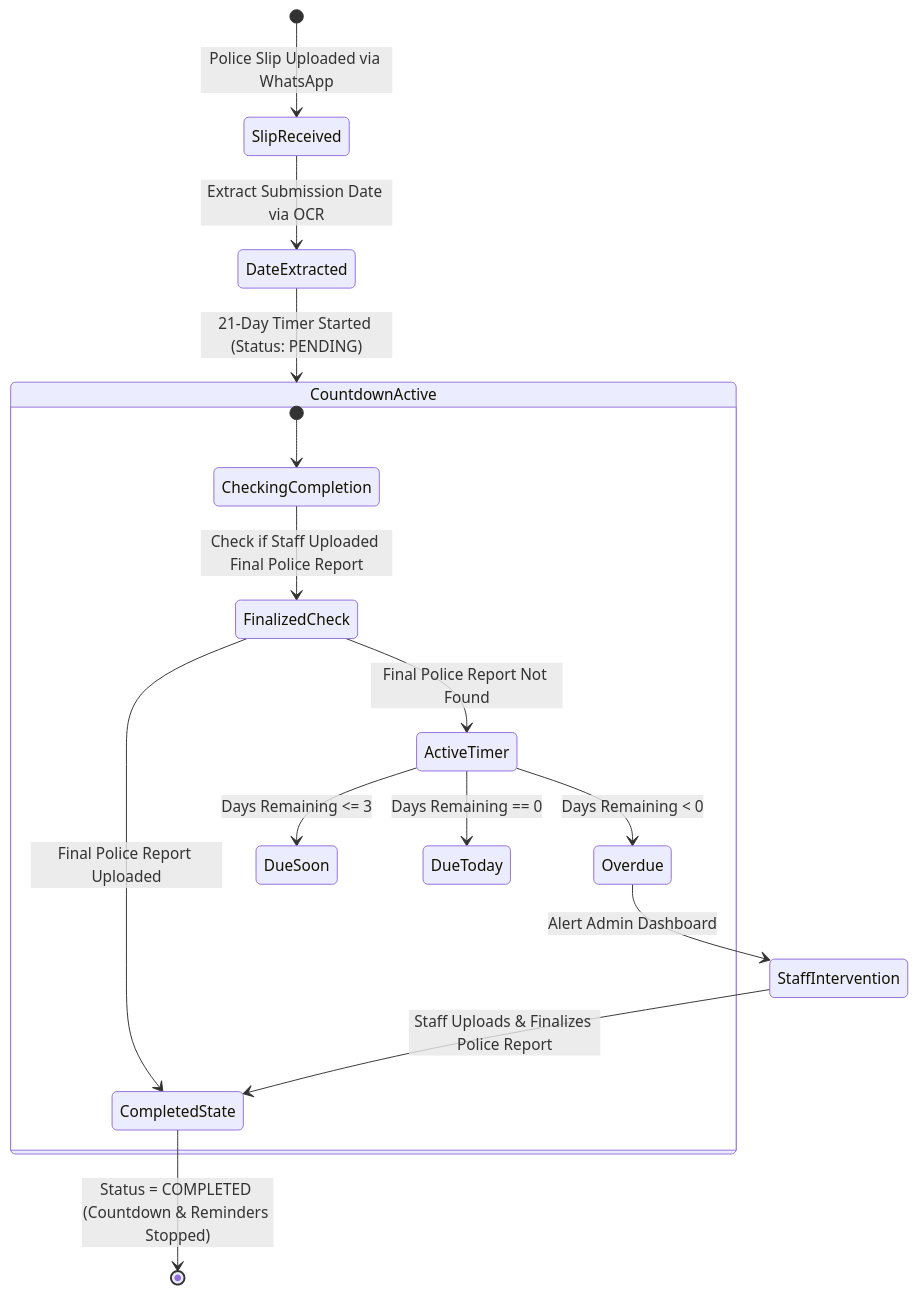
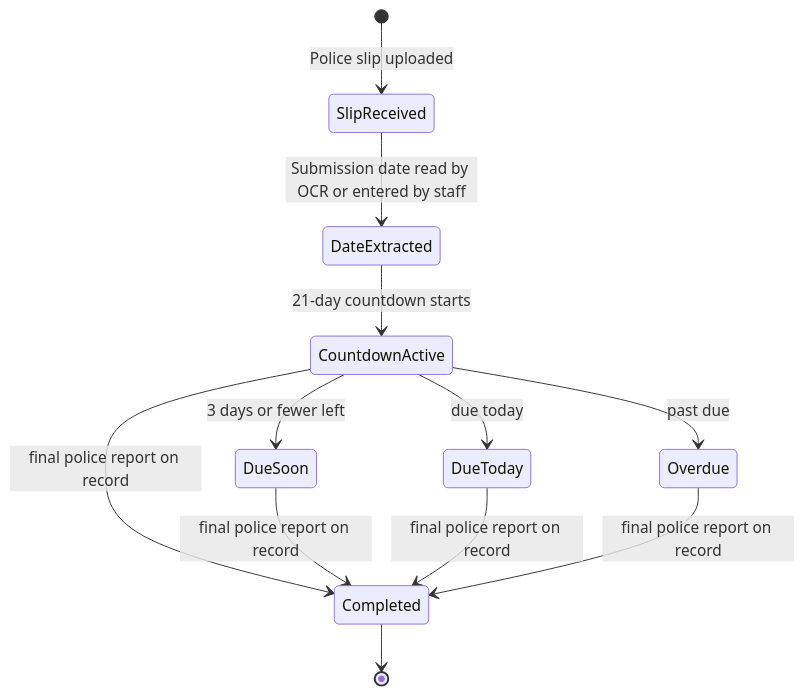
Before and after one commit to emlynk-pixel/EmlynkWABot: diagram 11 of 12 in README.md, drawn with Mermaid. The commit also changed other lines of this file and 1 other file, not shown here.

Commit message:
docs: redesign database architecture and master ER

````diff
--- a/README.md
+++ b/README.md
@@ -435,21 +893,14 @@
 ```mermaid
 stateDiagram-v2
-    [*] --> SlipReceived: Police Slip Uploaded via WhatsApp
-    SlipReceived --> DateExtracted: Extract Submission Date via OCR
-    DateExtracted --> CountdownActive: 21-Day Timer Started (Status: PENDING)
-
-    state CountdownActive {
-        [*] --> CheckingCompletion
-        CheckingCompletion --> FinalizedCheck: Check if Staff Uploaded Final Police Report
-        FinalizedCheck --> CompletedState: Final Police Report Uploaded
-        FinalizedCheck --> ActiveTimer: Final Police Report Not Found
-
-        ActiveTimer --> DueSoon: Days Remaining <= 3
-        ActiveTimer --> DueToday: Days Remaining == 0
-        ActiveTimer --> Overdue: Days Remaining < 0
-    }
-
-    CompletedState --> [*]: Status = COMPLETED (Countdown & Reminders Stopped)
-    Overdue --> StaffIntervention: Alert Admin Dashboard
-    StaffIntervention --> CompletedState: Staff Uploads & Finalizes Police Report
+    [*] --> SlipReceived: Police slip uploaded
+    SlipReceived --> DateExtracted: Submission date read by OCR or entered by staff
+    DateExtracted --> CountdownActive: 21-day countdown starts
+    CountdownActive --> DueSoon: 3 days or fewer left
+    CountdownActive --> DueToday: due today
+    CountdownActive --> Overdue: past due
+    CountdownActive --> Completed: final police report on record
+    DueSoon --> Completed: final police report on record
+    DueToday --> Completed: final police report on record
+    Overdue --> Completed: final police report on record
+    Completed --> [*]
 ```
````
